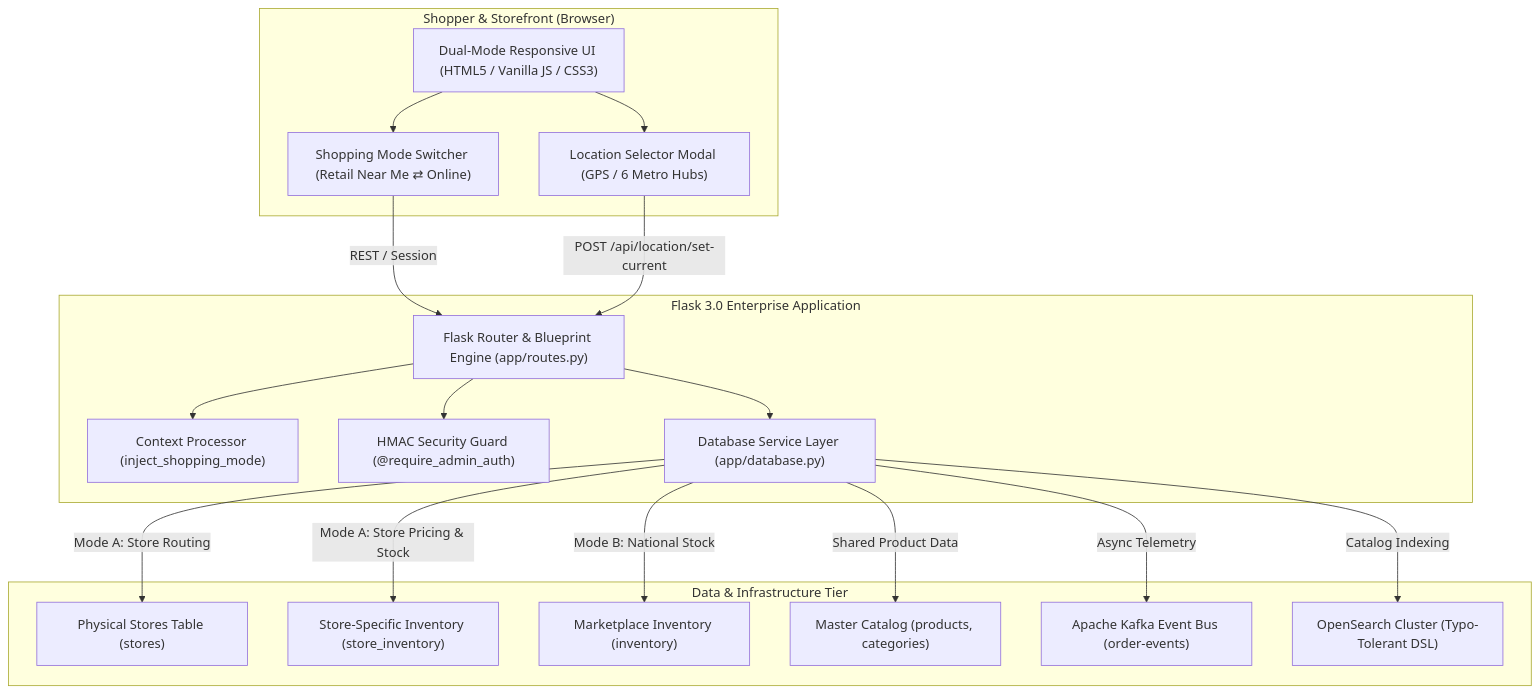
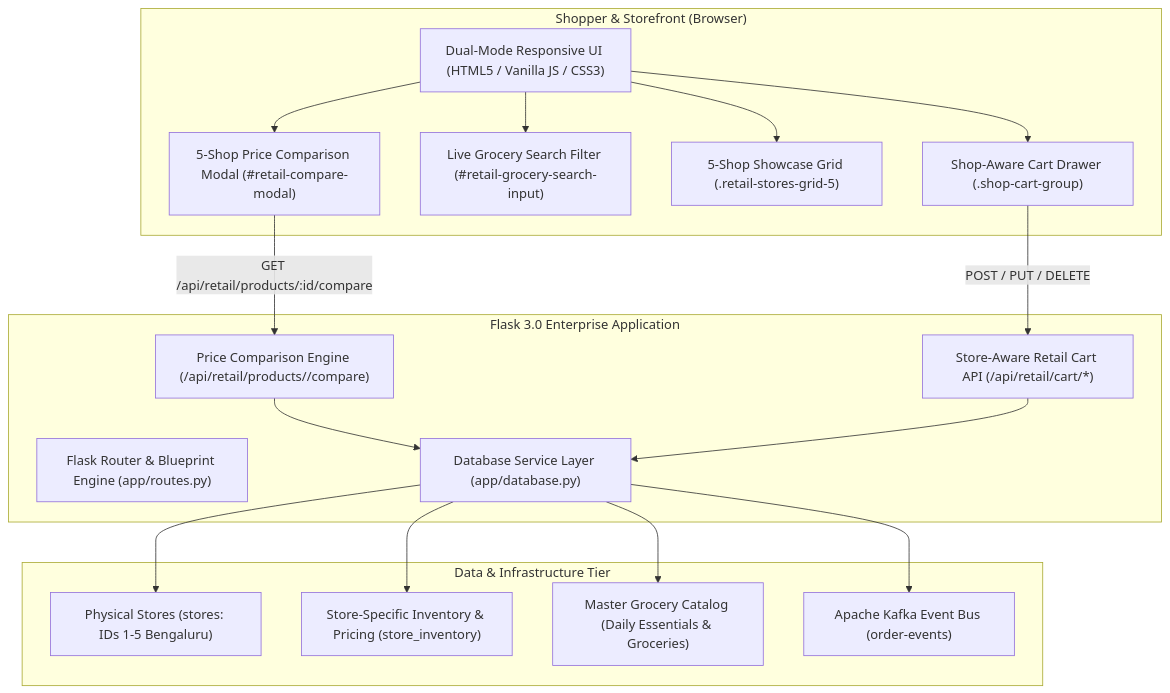
Before and after one commit to ayush35099-cloud/BharatStore: the diagram in README.md, drawn with Mermaid. The commit also changed other lines of this file and 7 other files, not shown here.

Commit message:
feat(retail): add five-shop grocery price comparison marketplace

````diff
--- a/README.md
+++ b/README.md
@@ -105,39 +152,37 @@
 ```mermaid
 flowchart TD
     subgraph Client["Shopper & Storefront (Browser)"]
         UI["Dual-Mode Responsive UI (HTML5 / Vanilla JS / CSS3)"]
-        Modal["Location Selector Modal (GPS / 6 Metro Hubs)"]
-        Switcher["Shopping Mode Switcher (Retail Near Me ⇄ Online)"]
+        Modal["5-Shop Price Comparison Modal (#retail-compare-modal)"]
+        Search["Live Grocery Search Filter (#retail-grocery-search-input)"]
+        StoreGrid["5-Shop Showcase Grid (.retail-stores-grid-5)"]
+        Cart["Shop-Aware Cart Drawer (.shop-cart-group)"]
     end
 
     subgraph Backend["Flask 3.0 Enterprise Application"]
         App["Flask Router & Blueprint Engine (app/routes.py)"]
-        Context["Context Processor (inject_shopping_mode)"]
-        AdminGuard["HMAC Security Guard (@require_admin_auth)"]
+        CompareAPI["Price Comparison Engine (/api/retail/products/<id>/compare)"]
+        CartAPI["Store-Aware Retail Cart API (/api/retail/cart/*)"]
         Service["Database Service Layer (app/database.py)"]
     end
 
     subgraph DataTier["Data & Infrastructure Tier"]
-        Stores["Physical Stores Table (stores)"]
-        StoreInv["Store-Specific Inventory (store_inventory)"]
-        MarketInv["Marketplace Inventory (inventory)"]
-        Catalog["Master Catalog (products, categories)"]
+        Stores["Physical Stores (stores: IDs 1-5 Bengaluru)"]
+        StoreInv["Store-Specific Inventory & Pricing (store_inventory)"]
+        Catalog["Master Grocery Catalog (Daily Essentials & Groceries)"]
         Kafka["Apache Kafka Event Bus (order-events)"]
-        Search["OpenSearch Cluster (Typo-Tolerant DSL)"]
     end
 
-    UI --> Switcher
+    UI --> StoreGrid
+    UI --> Search
     UI --> Modal
-    Switcher -->|REST / Session| App
-    Modal -->|POST /api/location/set-current| App
-    App --> Context
-    App --> AdminGuard
-    App --> Service
-
-    Service -->|Mode A: Store Routing| Stores
-    Service -->|Mode A: Store Pricing & Stock| StoreInv
-    Service -->|Mode B: National Stock| MarketInv
-    Service -->|Shared Product Data| Catalog
-    Service -->|Async Telemetry| Kafka
-    Service -->|Catalog Indexing| Search
+    UI --> Cart
+    Modal -->|GET /api/retail/products/:id/compare| CompareAPI
+    Cart -->|POST / PUT / DELETE| CartAPI
+    CompareAPI --> Service
+    CartAPI --> Service
+    Service --> Stores
+    Service --> StoreInv
+    Service --> Catalog
+    Service --> Kafka
 ```
````
